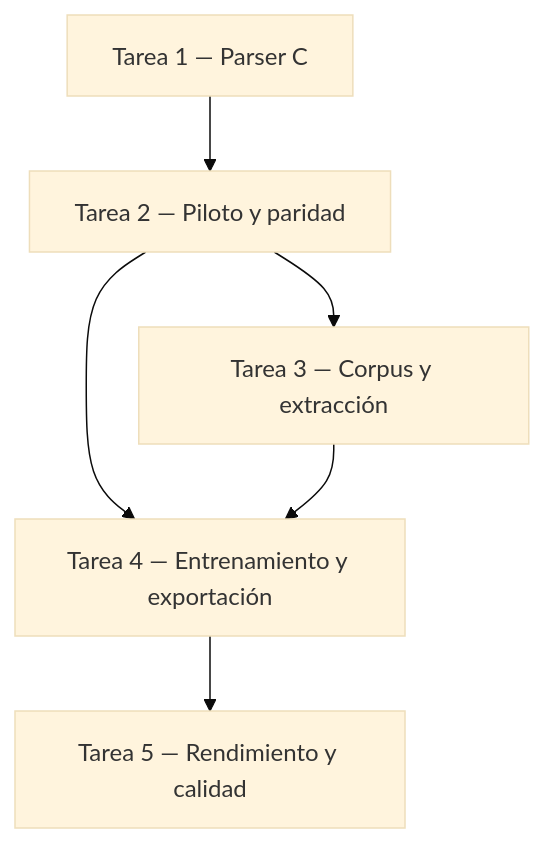
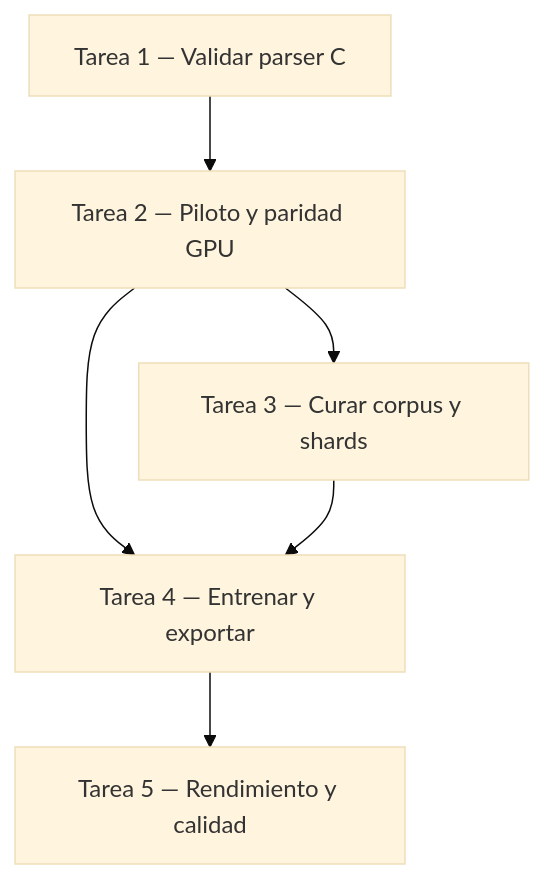
One commit to CristianRojas-SoftwareEngineer/AI-Voice-InterConnector changed the diagram in .work/plans/plan-002-cp-3layers-distillation.md. Above: the diagram before and after it, drawn with Mermaid (base theme). The commit also changed other lines of this file and 1 other file, not shown here.

````diff
--- a/.work/plans/plan-002-cp-3layers-distillation.md
+++ b/.work/plans/plan-002-cp-3layers-distillation.md
@@ -160,13 +167,13 @@
 ```mermaid
 flowchart TD
-  T1["Tarea 1 — Parser C"]
-  T2["Tarea 2 — Piloto y paridad"]
-  T3["Tarea 3 — Corpus y extracción"]
-  T4["Tarea 4 — Entrenamiento y exportación"]
+  T1["Tarea 1 — Validar parser C"]
+  T2["Tarea 2 — Piloto y paridad GPU"]
+  T3["Tarea 3 — Curar corpus y shards"]
+  T4["Tarea 4 — Entrenar y exportar"]
   T5["Tarea 5 — Rendimiento y calidad"]
   T1 --> T2
   T2 --> T3
   T2 --> T4
   T3 --> T4
   T4 --> T5
 ```
````
